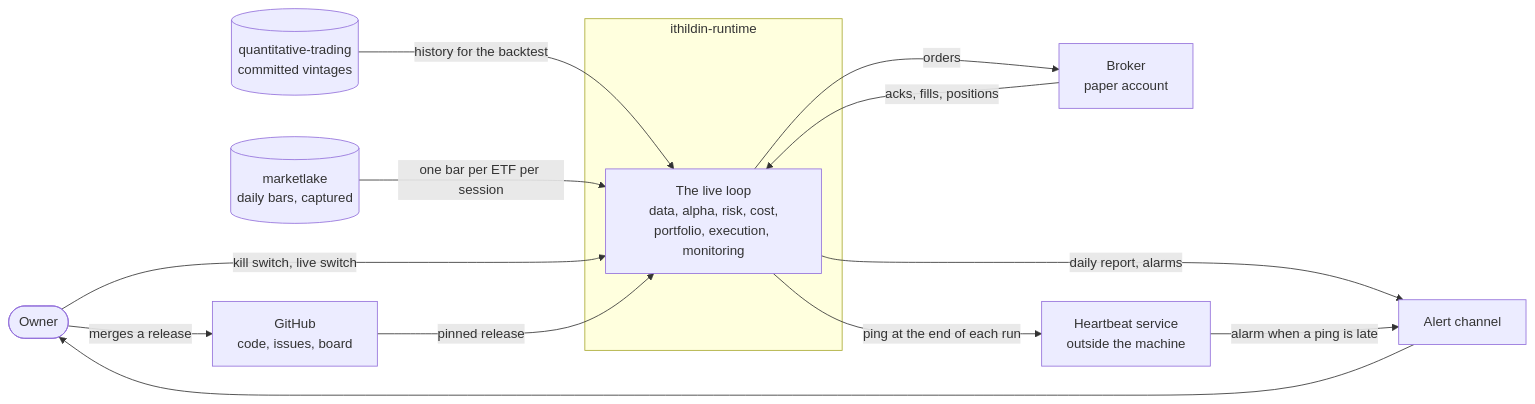
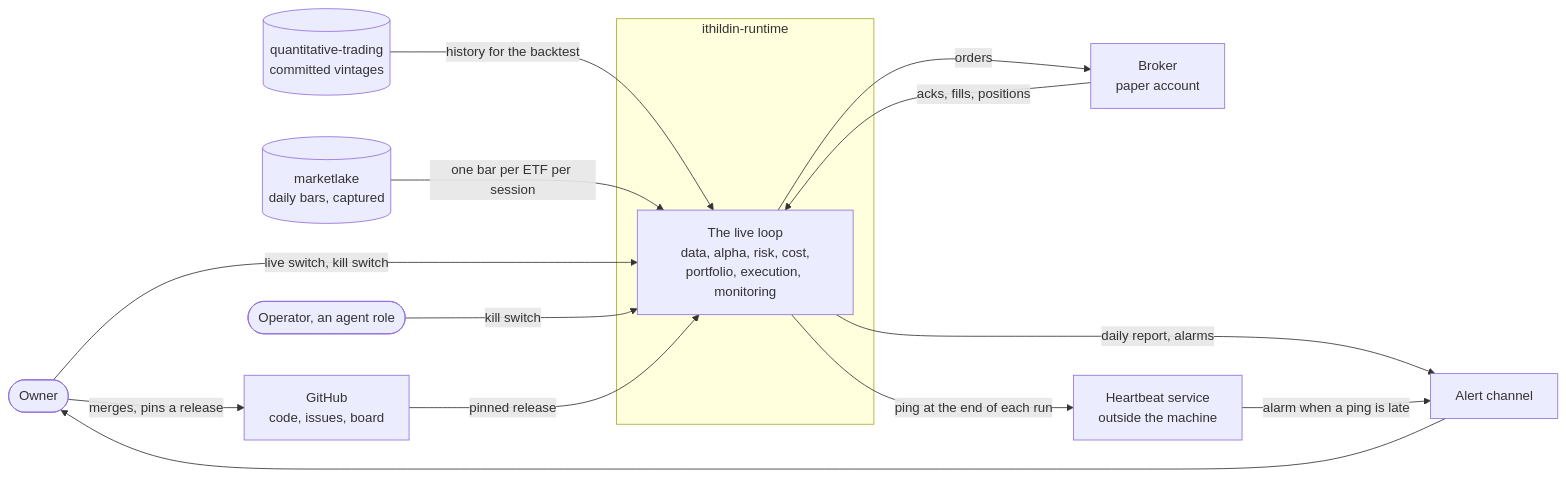
Before and after one commit to l3a0/ithildin-runtime: the first of 16 diagrams in docs/architecture.md, drawn with Mermaid. The commit also changed other lines of this file, not shown here.

First line of the commit message:
docs(architecture): apply the review's verified findings

````diff
--- a/docs/architecture.md
+++ b/docs/architecture.md
@@ -89,25 +108,27 @@
 ```mermaid
 flowchart LR
     owner(["Owner"])
+    operator(["Operator, an agent role"])
     subgraph platform["ithildin-runtime"]
         loop["The live loop<br/>data, alpha, risk, cost,<br/>portfolio, execution, monitoring"]
     end
     qt[("quantitative-trading<br/>committed vintages")]
     lake[("marketlake<br/>daily bars, captured")]
     broker["Broker<br/>paper account"]
     alerts["Alert channel"]
     heartbeat["Heartbeat service<br/>outside the machine"]
     github["GitHub<br/>code, issues, board"]
 
     qt -->|"history for the backtest"| loop
     lake -->|"one bar per ETF per session"| loop
     loop -->|"orders"| broker
     broker -->|"acks, fills, positions"| loop
     loop -->|"daily report, alarms"| alerts
     loop -->|"ping at the end of each run"| heartbeat
     heartbeat -->|"alarm when a ping is late"| alerts
     alerts --> owner
-    owner -->|"kill switch, live switch"| loop
-    owner -->|"merges a release"| github
+    owner -->|"live switch, kill switch"| loop
+    operator -->|"kill switch"| loop
+    owner -->|"merges, pins a release"| github
     github -->|"pinned release"| loop
 ```
````
